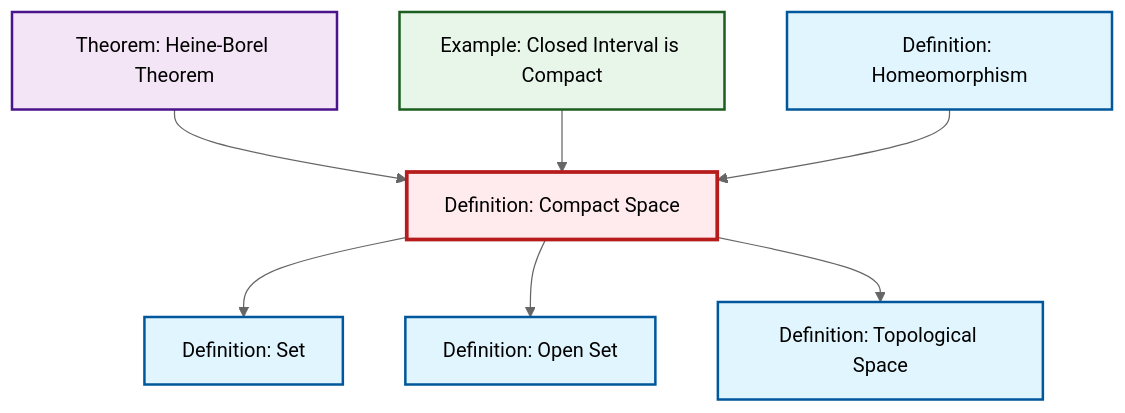
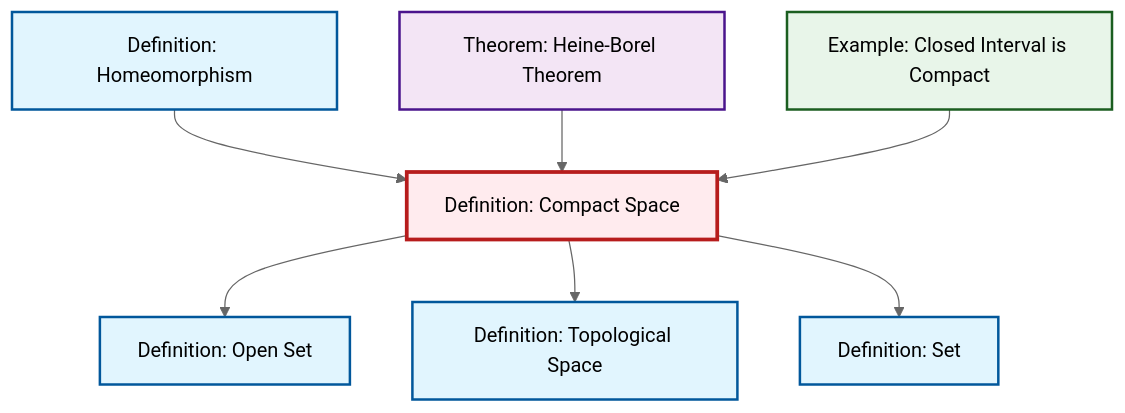
Before and after one commit to RK0429/ModernMath: the diagram in content/en/topology/def-compact.qmd, drawn with Mermaid (neutral theme). The commit also changed other lines of this file and 597 other files, not shown here.

````diff
--- a/content/en/topology/def-compact.qmd
+++ b/content/en/topology/def-compact.qmd
@@ -48,29 +48,29 @@
 ```{mermaid}
 %%| fig-cap: "Local dependency graph"
 graph TD
     classDef definition fill:#e1f5fe,stroke:#01579b,stroke-width:2px
     classDef theorem fill:#f3e5f5,stroke:#4a148c,stroke-width:2px
     classDef axiom fill:#fff3e0,stroke:#e65100,stroke-width:2px
     classDef example fill:#e8f5e9,stroke:#1b5e20,stroke-width:2px
     classDef current fill:#ffebee,stroke:#b71c1c,stroke-width:3px
     def-compact["Definition: Compact Space"]:::definition
+    ex-closed-interval-compact["Example: Closed Interval is Compact"]:::example
     thm-heine-borel["Theorem: Heine-Borel Theorem"]:::theorem
-    def-open-set["Definition: Open Set"]:::definition
-    ex-closed-interval-compact["Example: Closed Interval is Compact"]:::example
+    def-set["Definition: Set"]:::definition
     def-topological-space["Definition: Topological Space"]:::definition
     def-homeomorphism["Definition: Homeomorphism"]:::definition
-    def-set["Definition: Set"]:::definition
-    thm-heine-borel --> def-compact
-    ex-closed-interval-compact --> def-compact
-    def-compact --> def-set
+    def-open-set["Definition: Open Set"]:::definition
     def-compact --> def-open-set
     def-homeomorphism --> def-compact
     def-compact --> def-topological-space
+    def-compact --> def-set
+    thm-heine-borel --> def-compact
+    ex-closed-interval-compact --> def-compact
     class def-compact current
+    click ex-closed-interval-compact "ex-closed-interval-compact.html" "Go to Closed Interval is Compact example"
     click thm-heine-borel "thm-heine-borel.html" "Go to Heine-Borel Theorem theorem"
-    click def-open-set "def-open-set.html" "Go to Open Set definition"
-    click ex-closed-interval-compact "ex-closed-interval-compact.html" "Go to Closed Interval is Compact example"
+    click def-set "def-set.html" "Go to Set definition"
     click def-topological-space "def-topological-space.html" "Go to Topological Space definition"
     click def-homeomorphism "def-homeomorphism.html" "Go to Homeomorphism definition"
-    click def-set "def-set.html" "Go to Set definition"
+    click def-open-set "def-open-set.html" "Go to Open Set definition"
 ```
````
